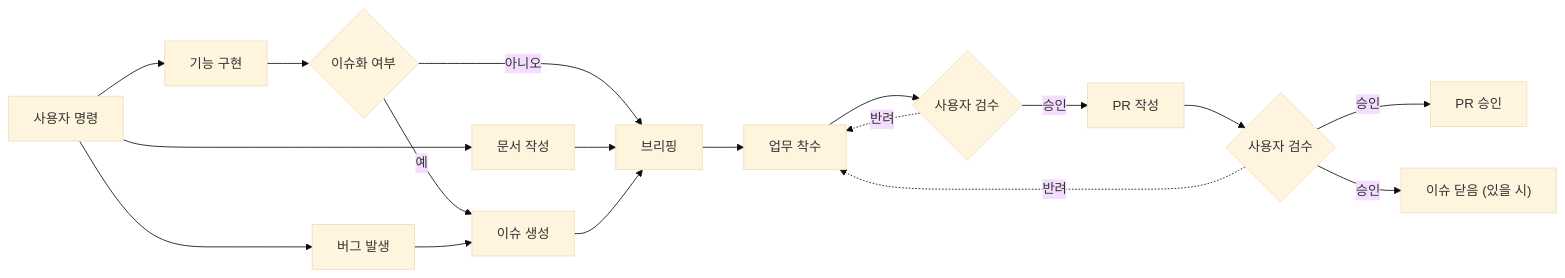
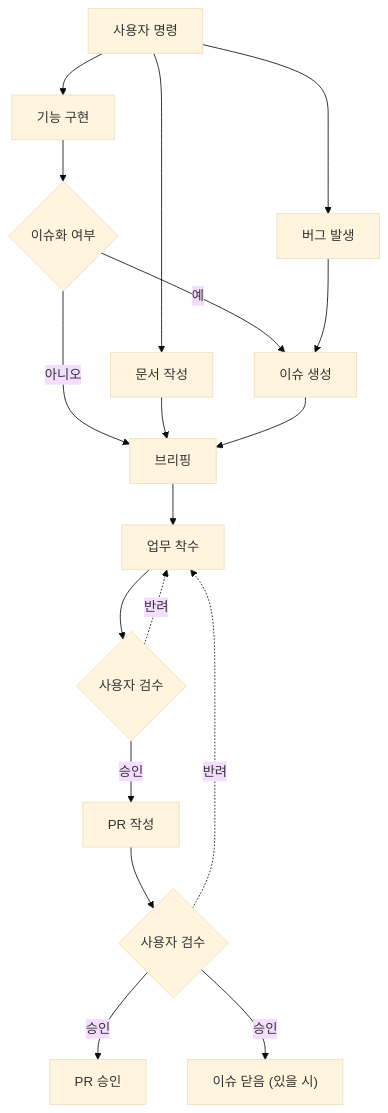
Before and after one commit to joosjae01/ClaudeTestProject: the diagram in Docs/Claude/WorkFlowRules.md, drawn with Mermaid (base theme). The commit also changed other lines of this file, not shown here.

Commit message:
[Docs] 워크플로우 문서 수정

````diff
--- a/Docs/Claude/WorkFlowRules.md
+++ b/Docs/Claude/WorkFlowRules.md
@@ -14,22 +14,22 @@
 ```mermaid
-flowchart LR
+flowchart TD
     CMD[사용자 명령] --> FEAT[기능 구현]
     CMD --> BUG[버그 발생]
     CMD --> DOC[문서 작성]
 
     FEAT --> ISSUE_Q{이슈화 여부}
     ISSUE_Q -- 예 --> ISSUE[이슈 생성]
     ISSUE_Q -- 아니오 --> BRIEF
     BUG --> ISSUE
     DOC --> BRIEF
 
     ISSUE --> BRIEF[브리핑]
     BRIEF --> WORK[업무 착수]
     WORK --> REVIEW1{사용자 검수}
     REVIEW1 -. 반려 .-> WORK
     REVIEW1 -- 승인 --> PR[PR 작성]
     PR --> REVIEW2{사용자 검수}
     REVIEW2 -. 반려 .-> WORK
     REVIEW2 -- 승인 --> APPROVE[PR 승인]
     REVIEW2 -- 승인 --> CLOSE["이슈 닫음 (있을 시)"]
 ```
````
